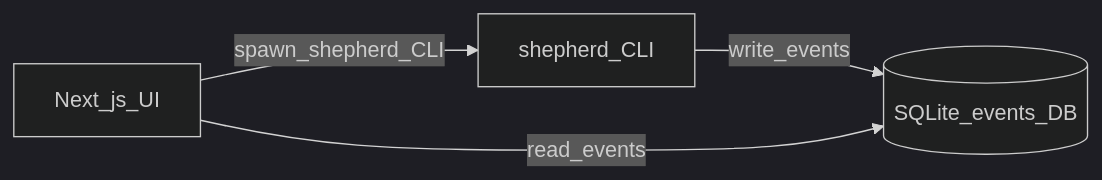
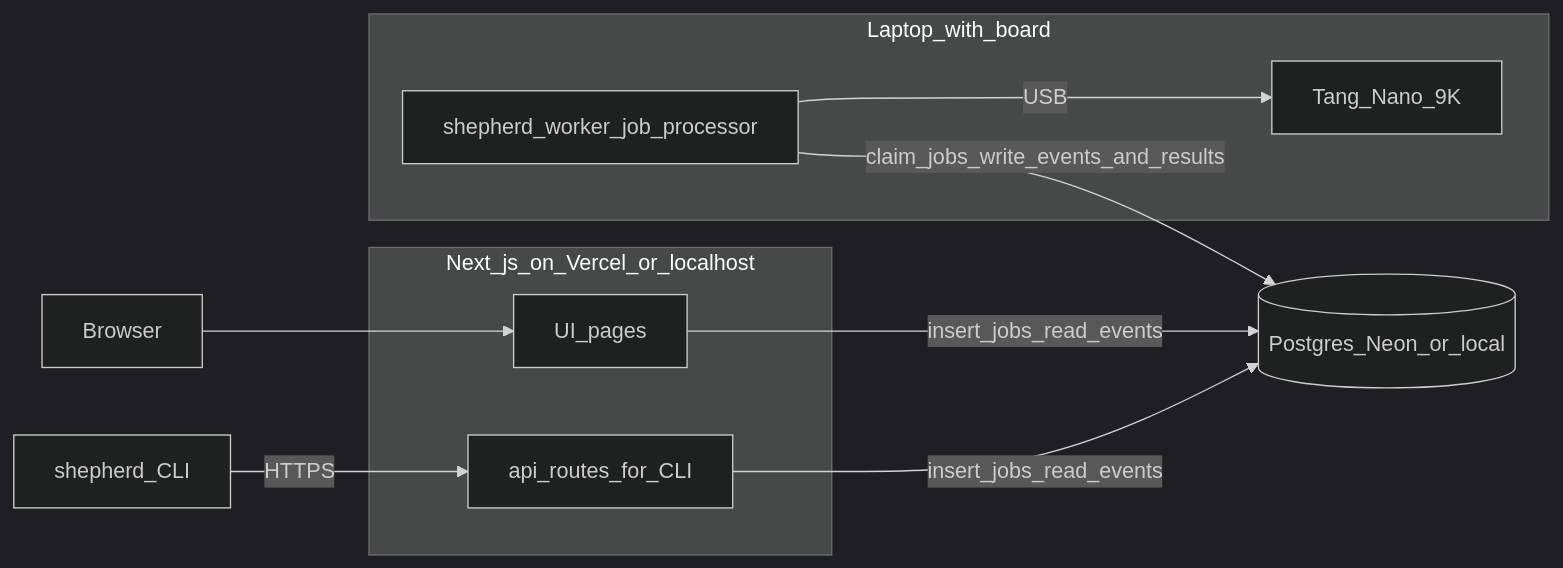
One commit to stepacool/FPGA-shepherd changed the diagram in PLAN_UI.md. Above: the diagram before and after it, drawn with Mermaid (dark theme). The commit also changed other lines of this file and 1 other file, not shown here.

````diff
--- a/PLAN_UI.md
+++ b/PLAN_UI.md
@@ -23,9 +35,20 @@
 ```mermaid
 flowchart LR
+  BROWSER[Browser]
   CLI[shepherd_CLI]
-  UI[Next_js_UI]
-  DB[(SQLite_events_DB)]
-  CLI -->|write_events| DB
-  UI -->|read_events| DB
-  UI -->|spawn_shepherd_CLI| CLI
+  subgraph Next[Next_js_on_Vercel_or_localhost]
+    UI[UI_pages]
+    API[api_routes_for_CLI]
+  end
+  DB[(Postgres_Neon_or_local)]
+  subgraph Laptop[Laptop_with_board]
+    WORKER[shepherd_worker_job_processor]
+    BOARD[Tang_Nano_9K]
+  end
+  BROWSER --> UI
+  CLI -->|HTTPS| API
+  UI -->|insert_jobs_read_events| DB
+  API -->|insert_jobs_read_events| DB
+  WORKER -->|claim_jobs_write_events_and_results| DB
+  WORKER -->|USB| BOARD
 ```
````
